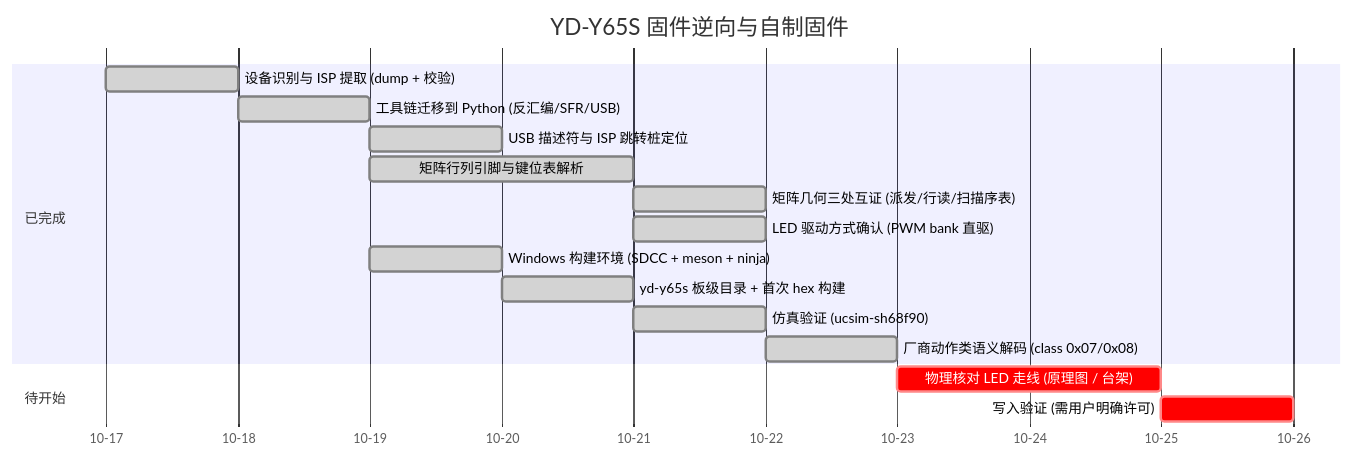
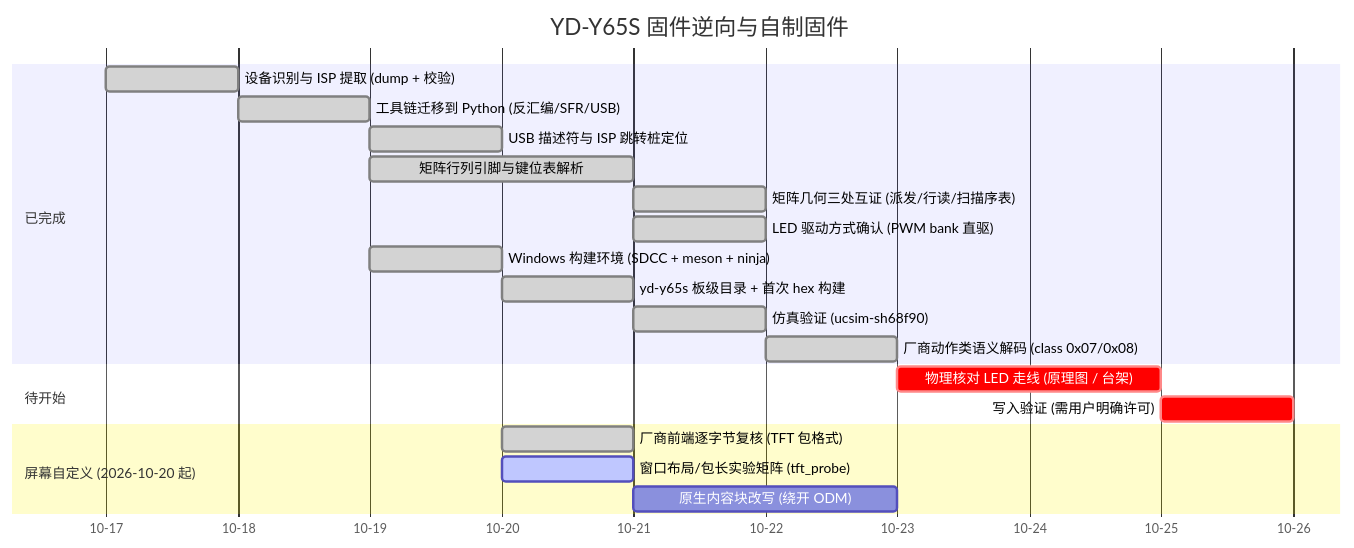
The diagram in brain/roadmap.md (adam-ikari/y65s_cfw), drawn with Mermaid before and after one commit. The commit also changed other lines of this file and 8 other files, not shown here.

First line of the commit message:
probe: 逐字节复核厂商TFT上传格式; 新增 tools/tft_probe.py 实验矩阵; 定位135x240上传失败的两个候选原因

````diff
--- a/brain/roadmap.md
+++ b/brain/roadmap.md
@@ -12,20 +12,24 @@
 ```mermaid
 gantt
   title YD-Y65S 固件逆向与自制固件
   dateFormat YYYY-MM-DD
   axisFormat %m-%d
   section 已完成
   设备识别与 ISP 提取 (dump + 校验)        :done, a1, 2026-10-17, 1d
   工具链迁移到 Python (反汇编/SFR/USB)     :done, a2, after a1, 1d
   USB 描述符与 ISP 跳转桩定位              :done, a3, after a2, 1d
   矩阵行列引脚与键位表解析                 :done, b1, 2026-10-19, 2d
   矩阵几何三处互证 (派发/行读/扫描序表)     :done, b3, after b1, 1d
   LED 驱动方式确认 (PWM bank 直驱)         :done, b2, after b1, 1d
   Windows 构建环境 (SDCC + meson + ninja)  :done, c1, 2026-10-19, 1d
   yd-y65s 板级目录 + 首次 hex 构建          :done, c2, after c1, 1d
   仿真验证 (ucsim-sh68f90)                 :done, c3, after c2, 1d
   厂商动作类语义解码 (class 0x07/0x08)      :done, c6, after c3, 1d
   section 待开始
   物理核对 LED 走线 (原理图 / 台架)         :crit, c7, after c6, 2d
   写入验证 (需用户明确许可)                :crit, c4, after c7, 1d
+  section 屏幕自定义 (2026-10-20 起)
+  厂商前端逐字节复核 (TFT 包格式)           :done, s1, 2026-10-20, 1d
+  窗口布局/包长实验矩阵 (tft_probe)        :active, s2, 2026-10-20, 1d
+  原生内容块改写 (绕开 ODM)                :s3, after s2, 2d
 ```
````
